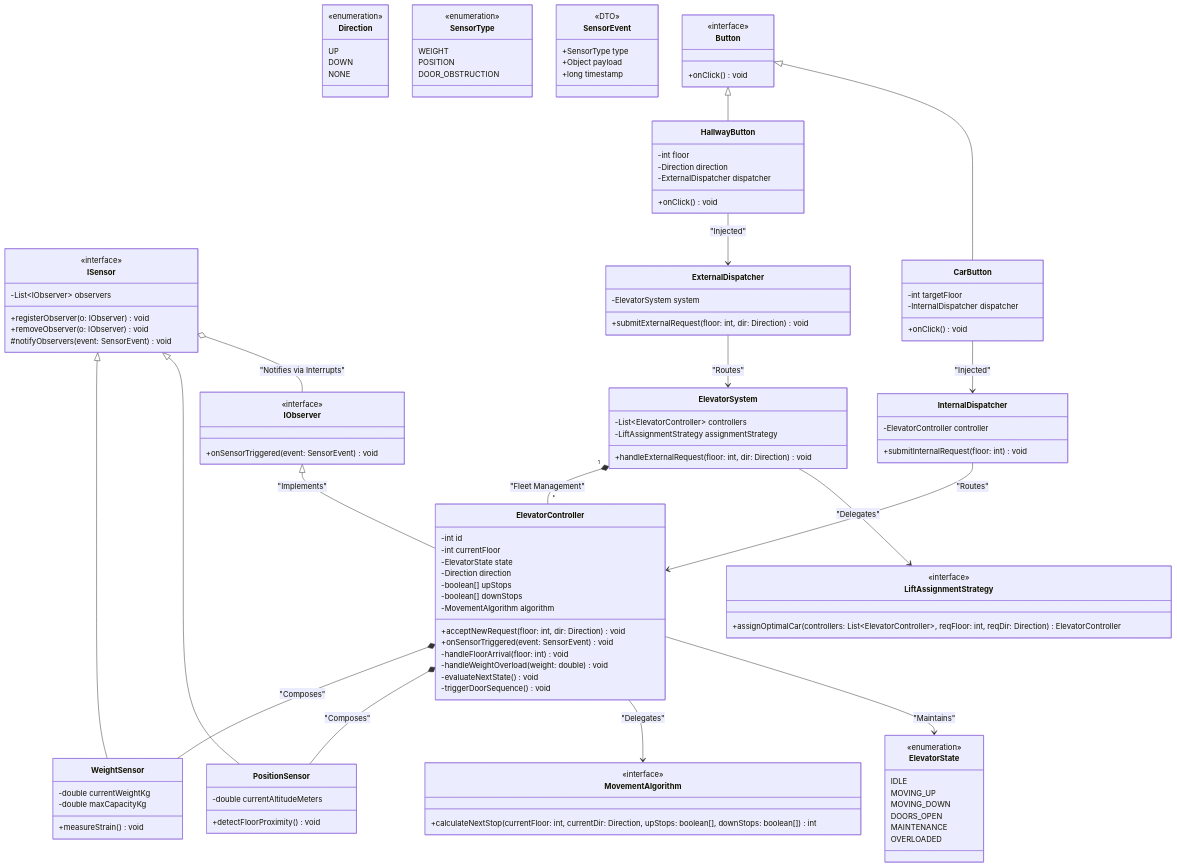
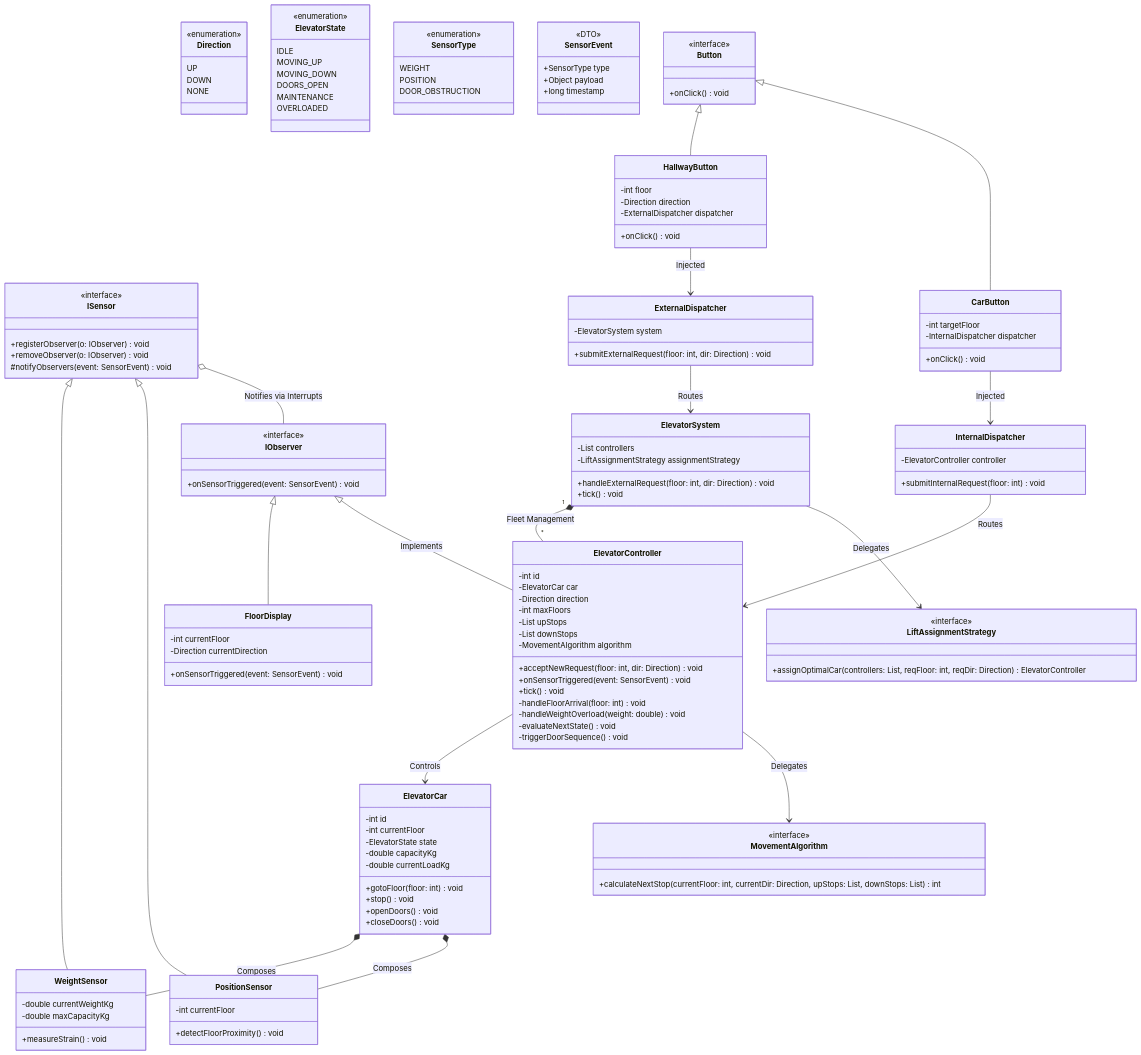
One commit to rachit-suresh/LLD-design-problems changed the diagram in elevator/design.mmd. Above: the diagram before and after it, drawn with Mermaid. The commit also changed 23 other files, not shown here.

```diff
--- a/elevator/design.mmd
+++ b/elevator/design.mmd
@@ -1,145 +1,166 @@
 classDiagram
     %% Enums
     class Direction {
         <<enumeration>>
         UP
         DOWN
         NONE
     }
 
     class ElevatorState {
         <<enumeration>>
         IDLE
         MOVING_UP
         MOVING_DOWN
         DOORS_OPEN
         MAINTENANCE
         OVERLOADED
     }
 
     class SensorType {
         <<enumeration>>
         WEIGHT
         POSITION
         DOOR_OBSTRUCTION
     }
 
     %% Telemetry & Observer Pattern (The Sensor System)
     class SensorEvent {
         <<DTO>>
         +SensorType type
         +Object payload
         +long timestamp
     }
 
     class IObserver {
         <<interface>>
         +onSensorTriggered(event: SensorEvent) void
     }
 
     class ISensor {
         <<interface>>
-        -List~IObserver~ observers
         +registerObserver(o: IObserver) void
         +removeObserver(o: IObserver) void
         #notifyObservers(event: SensorEvent) void
     }
 
     class WeightSensor {
         -double currentWeightKg
         -double maxCapacityKg
         +measureStrain() void
     }
 
     class PositionSensor {
-        -double currentAltitudeMeters
+        -int currentFloor
         +detectFloorProximity() void
+    }
+
+    class FloorDisplay {
+        -int currentFloor
+        -Direction currentDirection
+        +onSensorTriggered(event: SensorEvent) void
     }
 
     ISensor <|-- WeightSensor
     ISensor <|-- PositionSensor
+    IObserver <|-- FloorDisplay
 
     %% Dispatcher & Trigger Interfaces
     class Button {
         <<interface>>
         +onClick() void
     }
 
     class LiftAssignmentStrategy {
         <<interface>>
-        +assignOptimalCar(controllers: List~ElevatorController~, reqFloor: int, reqDir: Direction) ElevatorController
+        +assignOptimalCar(controllers: List, reqFloor: int, reqDir: Direction) ElevatorController
     }
 
     class MovementAlgorithm {
         <<interface>>
-        +calculateNextStop(currentFloor: int, currentDir: Direction, upStops: boolean[], downStops: boolean[]) int
+        +calculateNextStop(currentFloor: int, currentDir: Direction, upStops: List, downStops: List) int
     }
 
     class ExternalDispatcher {
         -ElevatorSystem system
         +submitExternalRequest(floor: int, dir: Direction) void
     }
 
     class InternalDispatcher {
         -ElevatorController controller
         +submitInternalRequest(floor: int) void
     }
 
     %% Concrete UI
     class HallwayButton {
         -int floor
         -Direction direction
         -ExternalDispatcher dispatcher
         +onClick() void
     }
 
     class CarButton {
         -int targetFloor
         -InternalDispatcher dispatcher
         +onClick() void
     }
 
     Button <|-- HallwayButton
     Button <|-- CarButton
 
+    %% Physical Model
+    class ElevatorCar {
+        -int id
+        -int currentFloor
+        -ElevatorState state
+        -double capacityKg
+        -double currentLoadKg
+        +gotoFloor(floor: int) void
+        +stop() void
+        +openDoors() void
+        +closeDoors() void
+    }
+
     %% Core Logic
     class ElevatorSystem {
-        -List~ElevatorController~ controllers
+        -List controllers
         -LiftAssignmentStrategy assignmentStrategy
         +handleExternalRequest(floor: int, dir: Direction) void
+        +tick() void
     }
 
     class ElevatorController {
         -int id
-        -int currentFloor
-        -ElevatorState state
+        -ElevatorCar car
         -Direction direction
-        -boolean[] upStops
-        -boolean[] downStops
+        -int maxFloors
+        -List upStops
+        -List downStops
         -MovementAlgorithm algorithm
         +acceptNewRequest(floor: int, dir: Direction) void
         +onSensorTriggered(event: SensorEvent) void
+        +tick() void
         -handleFloorArrival(floor: int) void
         -handleWeightOverload(weight: double) void
         -evaluateNextState() void
         -triggerDoorSequence() void
     }
 
     %% Relationships
-    IObserver <|-- ElevatorController : "Implements"
-    ISensor o-- IObserver : "Notifies via Interrupts"
+    IObserver <|-- ElevatorController : Implements
+    ISensor o-- IObserver : Notifies via Interrupts
     
-    ElevatorController *-- WeightSensor : "Composes"
-    ElevatorController *-- PositionSensor : "Composes"
+    ElevatorCar *-- WeightSensor : Composes
+    ElevatorCar *-- PositionSensor : Composes
 
-    HallwayButton --> ExternalDispatcher : "Injected"
-    CarButton --> InternalDispatcher : "Injected"
+    HallwayButton --> ExternalDispatcher : Injected
+    CarButton --> InternalDispatcher : Injected
     
-    ExternalDispatcher --> ElevatorSystem : "Routes"
-    InternalDispatcher --> ElevatorController : "Routes"
+    ExternalDispatcher --> ElevatorSystem : Routes
+    InternalDispatcher --> ElevatorController : Routes
     
-    ElevatorSystem "1" *-- "*" ElevatorController : "Fleet Management"
-    ElevatorSystem --> LiftAssignmentStrategy : "Delegates"
+    ElevatorSystem "1" *-- "*" ElevatorController : Fleet Management
+    ElevatorSystem --> LiftAssignmentStrategy : Delegates
     
-    ElevatorController --> MovementAlgorithm : "Delegates"
-    ElevatorController --> ElevatorState : "Maintains"
+    ElevatorController --> ElevatorCar : Controls
+    ElevatorController --> MovementAlgorithm : Delegates
```
